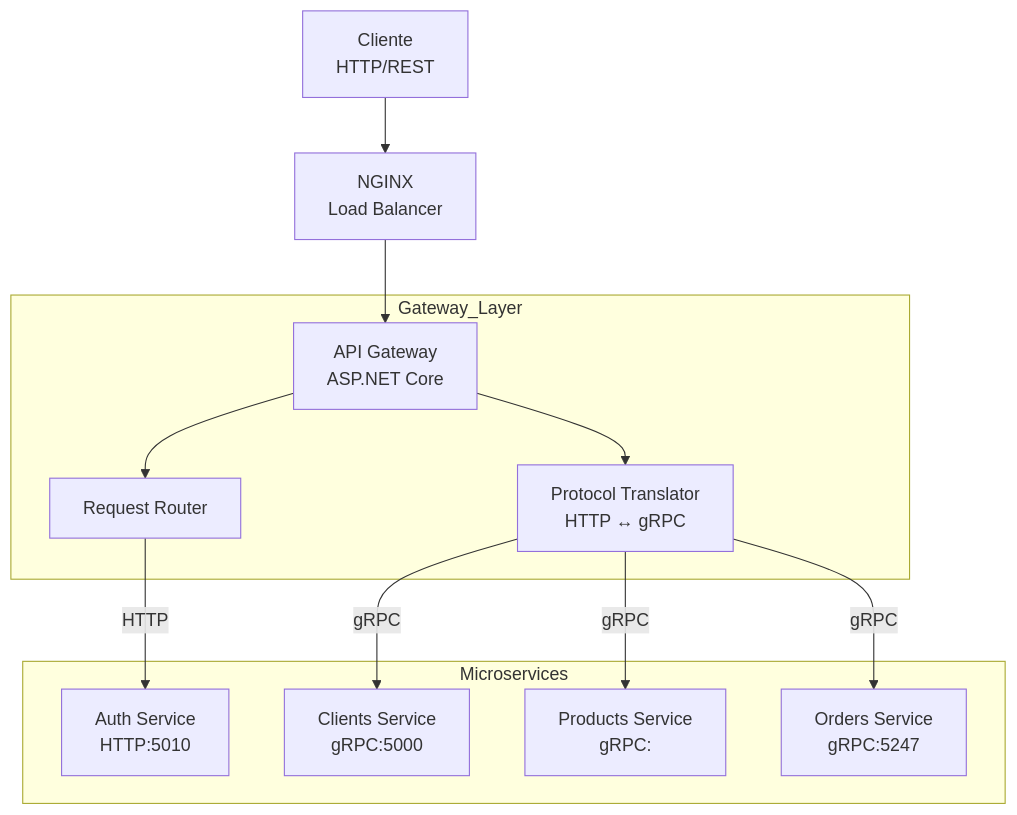
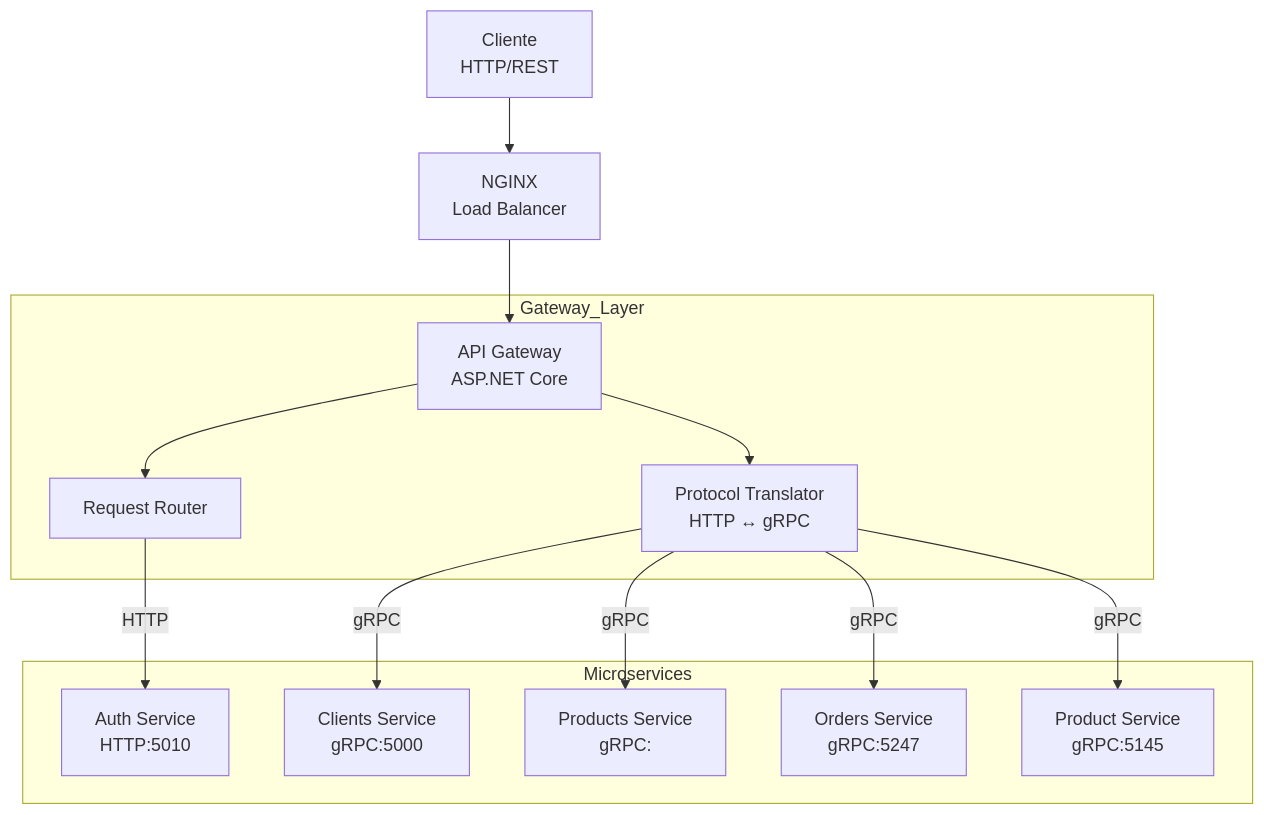
Before and after one commit to bxnjadev/Censudex-Api-Gateway: the diagram in README.md, drawn with Mermaid.

Commit message:
docs: added product service to diagram

````diff
--- a/README.md
+++ b/README.md
@@ -9,26 +9,28 @@
 ```mermaid
 flowchart TD
     Client[Cliente
     HTTP/REST] --> LB[NGINX
     Load Balancer]
     
     LB --> Gateway[API Gateway
     ASP.NET Core]
     
     subgraph Gateway_Layer
         Gateway --> Router[Request Router]
         Gateway --> Translator[Protocol Translator
         HTTP ↔ gRPC]
     end
     
     subgraph Microservices
         Router -->|HTTP| AuthSvc[Auth Service
         HTTP:5010]
         Translator -->|gRPC| ProductsSvc[Clients Service
         gRPC:5000]
         Translator -->|gRPC| InventorySvc[Products Service
         gRPC:]
         Translator -->|gRPC| OrdersSvc[Orders Service
         gRPC:5247]
+        Translator -->|gRPC| ProductSvc[Product Service
+        gRPC:5145]
     end
 ```
````
